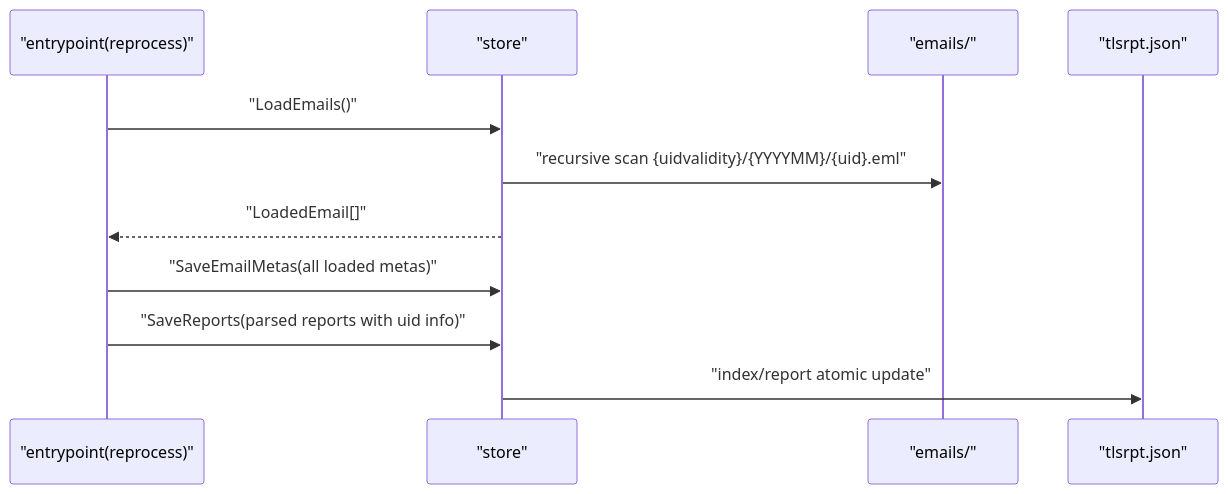
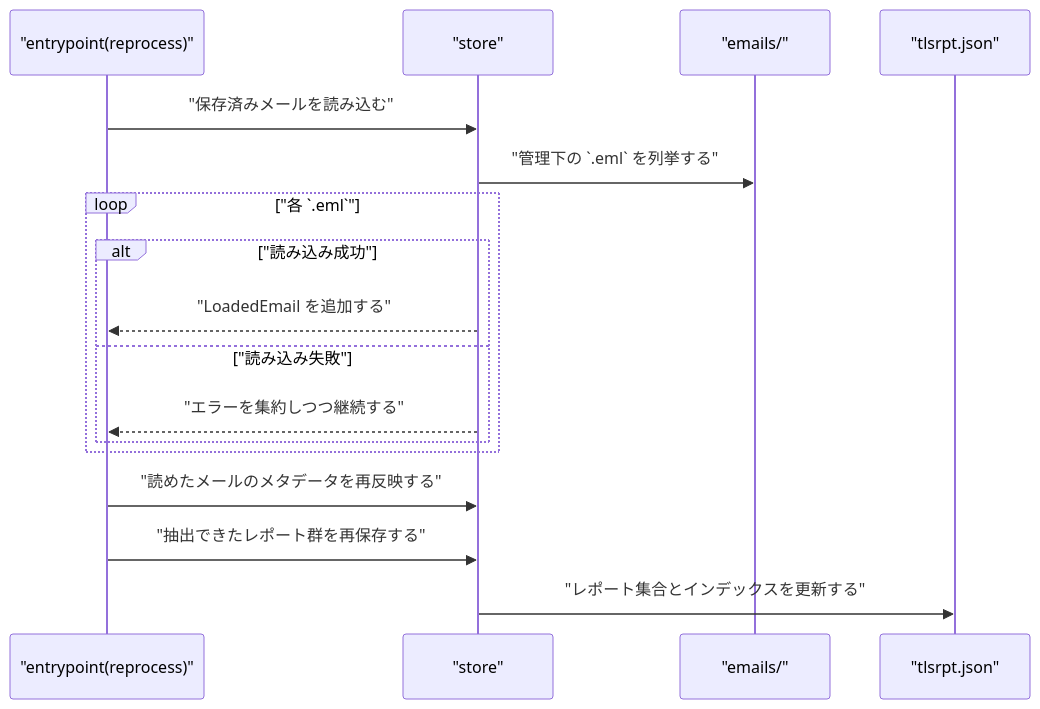
One commit to isseis/tlsrpt-digest changed diagram 11 of 15 in docs/tasks/0040_store/02_architecture.md. Above: the diagram before and after it, drawn with Mermaid. The commit also changed other lines of this file, not shown here.

First line of the commit message:
docs(task 0040): refine store architecture design

````diff
--- a/docs/tasks/0040_store/02_architecture.md
+++ b/docs/tasks/0040_store/02_architecture.md
@@ -382,14 +407,20 @@
 ```mermaid
 sequenceDiagram
     participant EP as "entrypoint(reprocess)"
     participant ST as "store"
     participant EF as "emails/"
     participant DF as "tlsrpt.json"
 
-    EP->>ST: "LoadEmails()"
-    ST->>EF: "recursive scan {uidvalidity}/{YYYYMM}/{uid}.eml"
-    ST-->>EP: "LoadedEmail[]"
-    EP->>ST: "SaveEmailMetas(all loaded metas)"
-    EP->>ST: "SaveReports(parsed reports with uid info)"
-    ST->>DF: "index/report atomic update"
+    EP->>ST: "保存済みメールを読み込む"
+    ST->>EF: "管理下の `.eml` を列挙する"
+    loop "各 `.eml`"
+        alt "読み込み成功"
+            ST-->>EP: "LoadedEmail を追加する"
+        else "読み込み失敗"
+            ST-->>EP: "エラーを集約しつつ継続する"
+        end
+    end
+    EP->>ST: "読めたメールのメタデータを再反映する"
+    EP->>ST: "抽出できたレポート群を再保存する"
+    ST->>DF: "レポート集合とインデックスを更新する"
 ```
````
